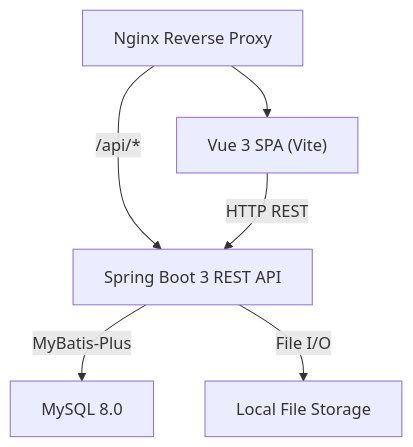
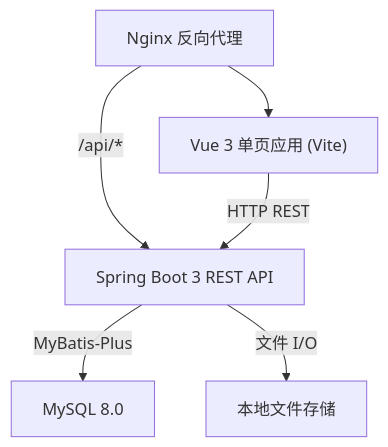
The first of 4 diagrams in .monkeycode/specs/product-management/design.md (dulylau/aikb), drawn with Mermaid before and after one commit. The commit also changed other lines of this file and 1 other file, not shown here.

````diff
--- a/.monkeycode/specs/product-management/design.md
+++ b/.monkeycode/specs/product-management/design.md
@@ -14,13 +14,13 @@
 ```mermaid
 graph TD
-    A["Vue 3 SPA (Vite)"]
+    A["Vue 3 单页应用 (Vite)"]
     B["Spring Boot 3 REST API"]
     C["MySQL 8.0"]
-    D["Local File Storage"]
-    E["Nginx Reverse Proxy"]
+    D["本地文件存储"]
+    E["Nginx 反向代理"]
     E --> A
     E -->|"/api/*"| B
     A -->|"HTTP REST"| B
     B -->|"MyBatis-Plus"| C
-    B -->|"File I/O"| D
+    B -->|"文件 I/O"| D
 ```
````
